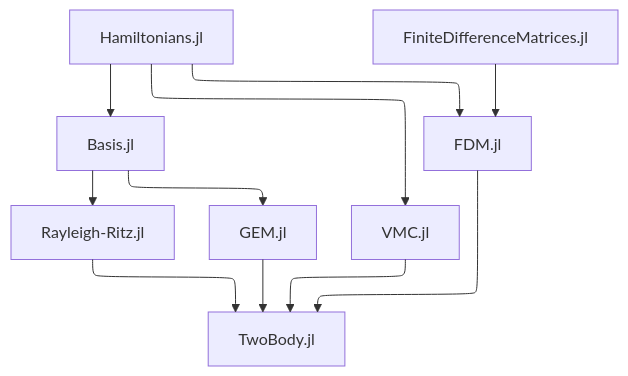
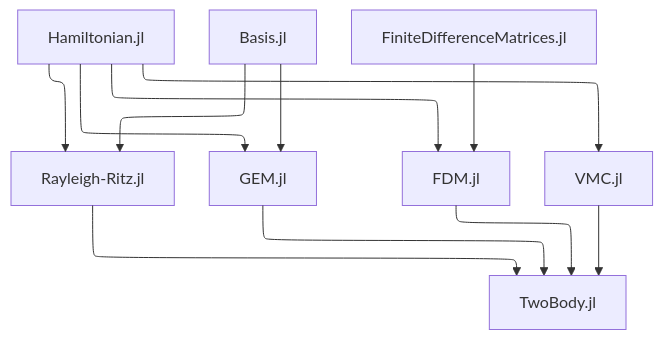
The diagram in README.md (ohno/TwoBody.jl), drawn with Mermaid before and after one commit.

````diff
--- a/README.md
+++ b/README.md
@@ -11,21 +11,20 @@
 ```mermaid
 ---
 config:
   layout: elk
   theme: mc
 ---
 flowchart TD
-  A["Hamiltonians.jl"]
+  A["Hamiltonian.jl"]
   B["Basis.jl"]
   C["Rayleigh-Ritz.jl"]
   D["GEM.jl"]
   E["FiniteDifferenceMatrices.jl"]
   F["FDM.jl"]
   G["VMC.jl"]
   Z["TwoBody.jl"]
-  A --> B & F & G
-  B --> C
-  B --> D
+  A --> C & D & F & G
+  B --> C & D
   E --> F
   C & D & F & G --> Z
 ```
````
